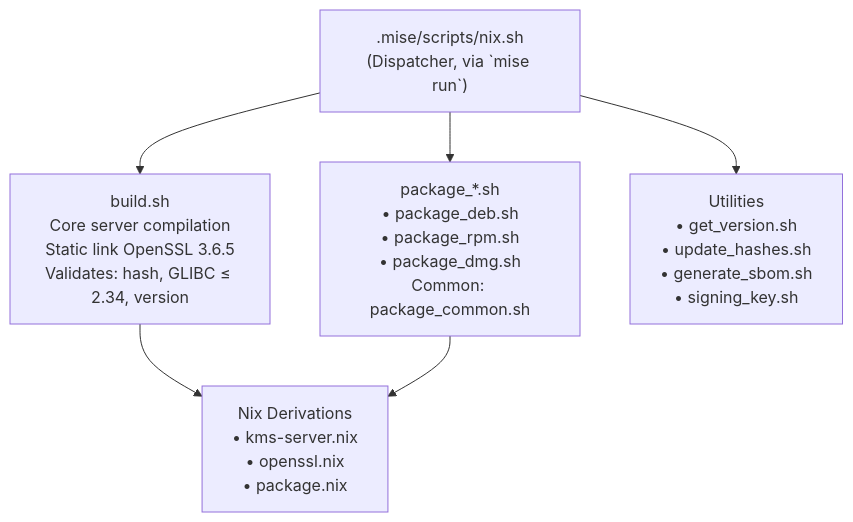
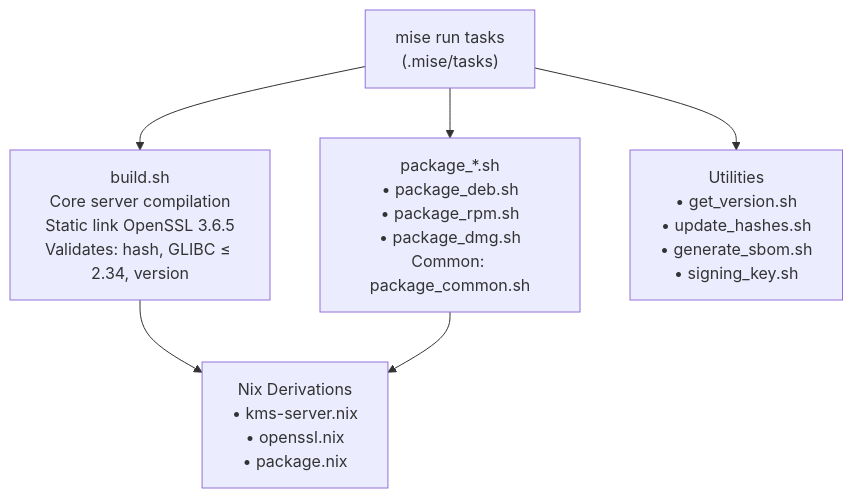
The seventh of 11 diagrams in nix/README.md (Cosmian/kms), drawn with Mermaid before and after one commit. The commit also changed other lines of this file and 19 other files, not shown here.

First line of the commit message:
refactor: remove legacy nix.sh dispatcher

````diff
--- a/nix/README.md
+++ b/nix/README.md
@@ -664,10 +664,10 @@
 ```mermaid
 flowchart TB
-    nix_sh[".mise/scripts/nix.sh<br/>(Dispatcher, via `mise run`)"]
+    nix_sh["mise run tasks<br/>(.mise/tasks)"]
     build_sh["build.sh<br/>Core server compilation<br/>Static link OpenSSL 3.6.5<br/>Validates: hash, GLIBC ≤ 2.34, version"]
     pkg_sh["package_*.sh<br/>• package_deb.sh<br/>• package_rpm.sh<br/>• package_dmg.sh<br/>Common: package_common.sh"]
     utils_sh["Utilities<br/>• get_version.sh<br/>• update_hashes.sh<br/>• generate_sbom.sh<br/>• signing_key.sh"]
     nix_sh --> build_sh & pkg_sh & utils_sh
     derivations["Nix Derivations<br/>• kms-server.nix<br/>• openssl.nix<br/>• package.nix"]
     build_sh & pkg_sh --> derivations
 ```
````
